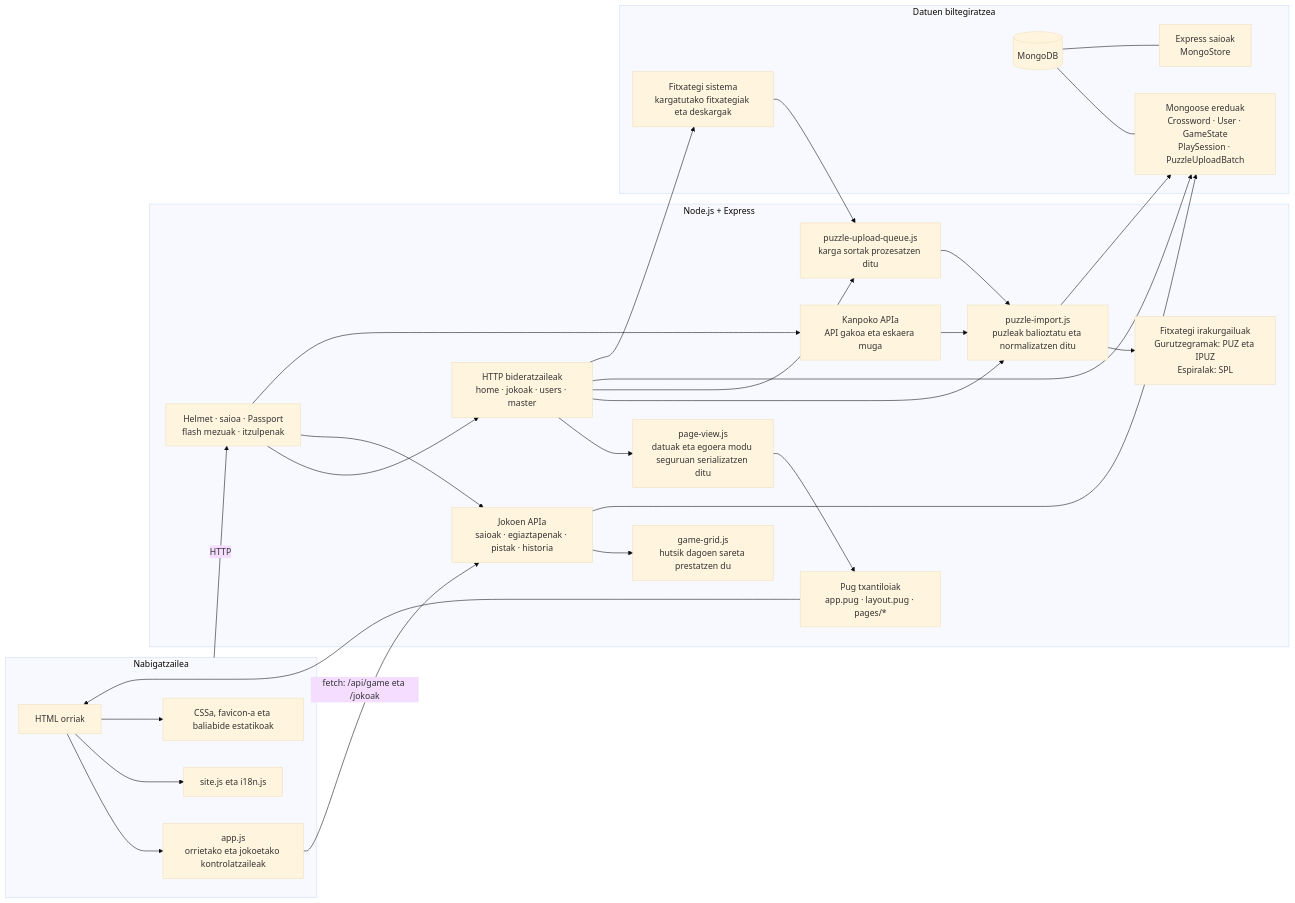
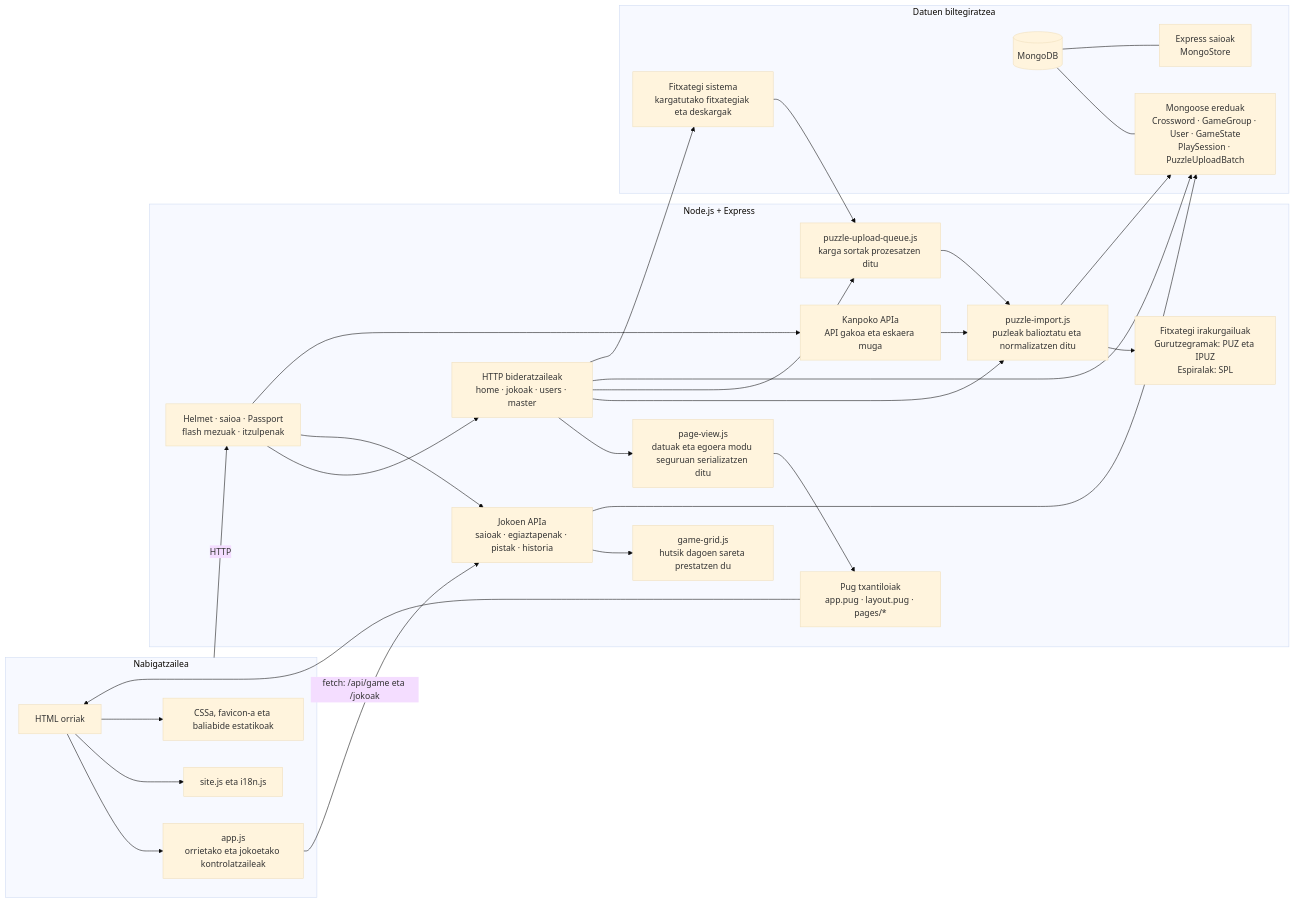
One commit to kopeto/hitzgurutzatuak changed the diagram in docs/ARKITEKTURA.md. Above: the diagram before and after it, drawn with Mermaid (base theme). The commit also changed other lines of this file and 25 other files, not shown here.

````diff
--- a/docs/ARKITEKTURA.md
+++ b/docs/ARKITEKTURA.md
@@ -5,52 +5,52 @@
 ```mermaid
 flowchart LR
   subgraph browser["Nabigatzailea"]
     pages["HTML orriak"]
     client["app.js<br/>orrietako eta jokoetako kontrolatzaileak"]
     shell["site.js eta i18n.js"]
     assets["CSSa, favicon-a eta baliabide estatikoak"]
     pages --> client
     pages --> shell
     pages --> assets
   end
 
   subgraph server["Node.js + Express"]
     middleware["Helmet · saioa · Passport<br/>flash mezuak · itzulpenak"]
     routes["HTTP bideratzaileak<br/>home · jokoak · users · master"]
     gameApi["Jokoen APIa<br/>saioak · egiaztapenak · pistak · historia"]
     externalApi["Kanpoko APIa<br/>API gakoa eta eskaera muga"]
     render["page-view.js<br/>datuak eta egoera modu seguruan serializatzen ditu"]
     pug["Pug txantiloiak<br/>app.pug · layout.pug · pages/*"]
     import["puzzle-import.js<br/>puzleak balioztatu eta normalizatzen ditu"]
     queue["puzzle-upload-queue.js<br/>karga sortak prozesatzen ditu"]
     parsers["Fitxategi irakurgailuak<br/>Gurutzegramak: PUZ eta IPUZ<br/>Espiralak: SPL"]
     grid["game-grid.js<br/>hutsik dagoen sareta prestatzen du"]
 
     middleware --> routes
     middleware --> gameApi
     middleware --> externalApi
     routes --> render --> pug --> pages
     gameApi --> grid
     routes --> import
     routes --> queue --> import
     externalApi --> import
     import --> parsers
   end
 
   subgraph persistence["Datuen biltegiratzea"]
     mongo[("MongoDB")]
     sessionStore["Express saioak<br/>MongoStore"]
-    models["Mongoose ereduak<br/>Crossword · User · GameState<br/>PlaySession · PuzzleUploadBatch"]
+    models["Mongoose ereduak<br/>Crossword · GameGroup · User · GameState<br/>PlaySession · PuzzleUploadBatch"]
     files["Fitxategi sistema<br/>kargatutako fitxategiak eta deskargak"]
     mongo --- models
     mongo --- sessionStore
     files --> queue
   end
 
   client -- "fetch: /api/game eta /jokoak" --> gameApi
   routes --> models
   gameApi --> models
   import --> models
   routes --> files
   browser -- "HTTP" --> middleware
 ```
````
